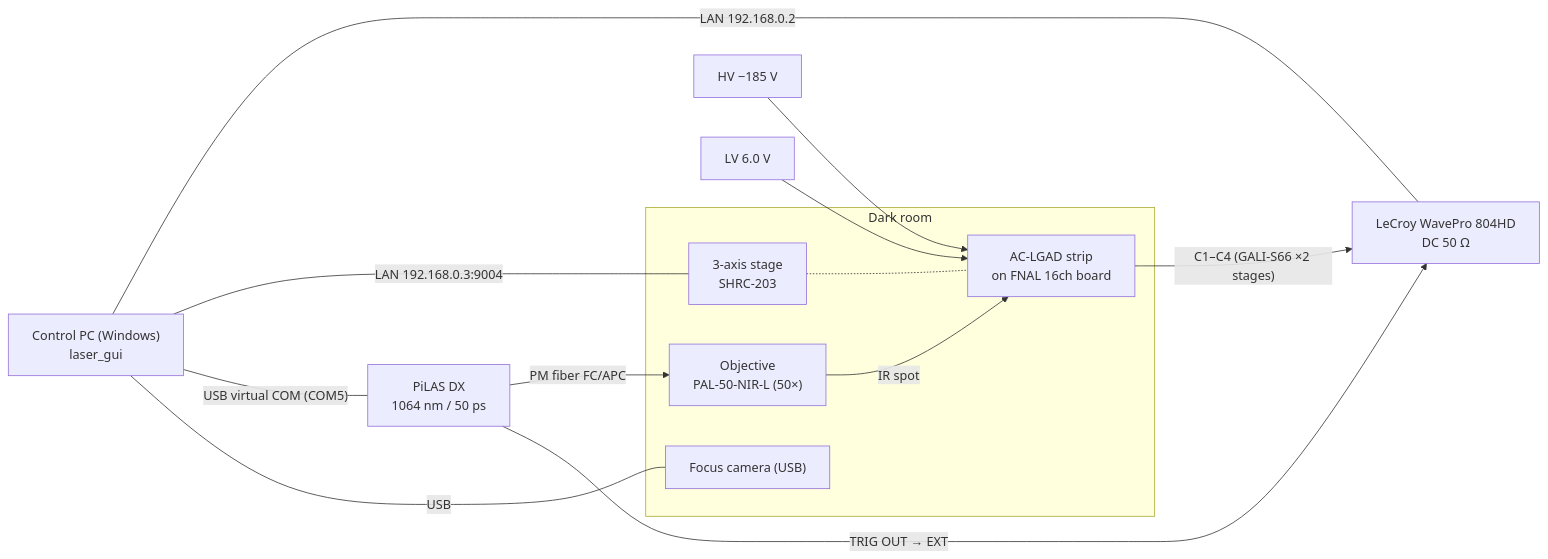
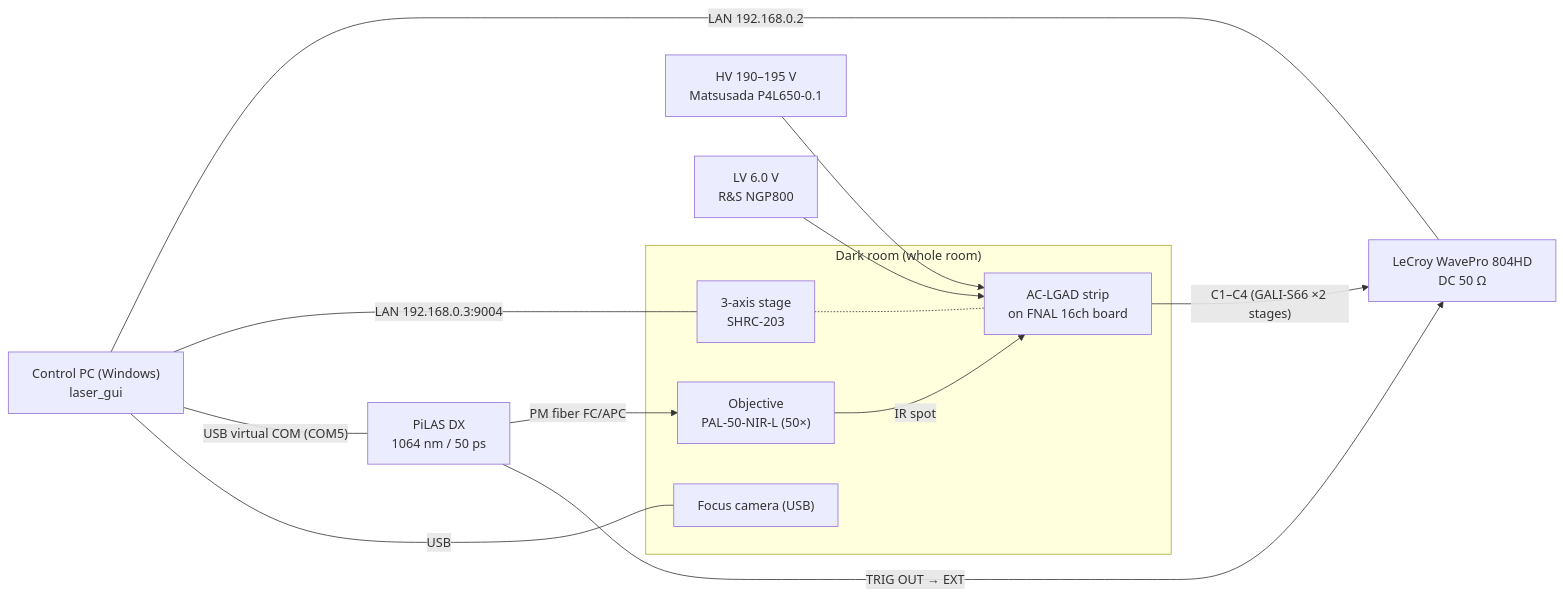
The diagram in docs/en/setup/hardware.md (Kanato-M/Hiroshima-TCT-wiki), drawn with Mermaid before and after one commit. The commit also changed other lines of this file and 25 other files, not shown here.

````diff
--- a/docs/en/setup/hardware.md
+++ b/docs/en/setup/hardware.md
@@ -10,21 +10,21 @@
 ```mermaid
 flowchart LR
-    subgraph DARK["Dark room"]
+    subgraph DARK["Dark room (whole room)"]
         OBJ["Objective<br/>PAL-50-NIR-L (50×)"]
         DUT["AC-LGAD strip<br/>on FNAL 16ch board"]
         STG["3-axis stage<br/>SHRC-203"]
         CAM["Focus camera (USB)"]
     end
     LAS["PiLAS DX<br/>1064 nm / 50 ps"] -->|PM fiber FC/APC| OBJ
     OBJ -->|IR spot| DUT
     STG -.- DUT
     DUT -->|"C1–C4 (GALI-S66 ×2 stages)"| OSC["LeCroy WavePro 804HD<br/>DC 50 Ω"]
     LAS -->|TRIG OUT → EXT| OSC
-    HV["HV −185 V"] --> DUT
-    LV["LV 6.0 V"] --> DUT
+    HV["HV 190–195 V<br/>Matsusada P4L650-0.1"] --> DUT
+    LV["LV 6.0 V<br/>R&S NGP800"] --> DUT
     PC["Control PC (Windows)<br/>laser_gui"]
     PC ---|"LAN 192.168.0.2"| OSC
     PC ---|"LAN 192.168.0.3:9004"| STG
     PC ---|"USB virtual COM (COM5)"| LAS
     PC ---|USB| CAM
 ```
````
